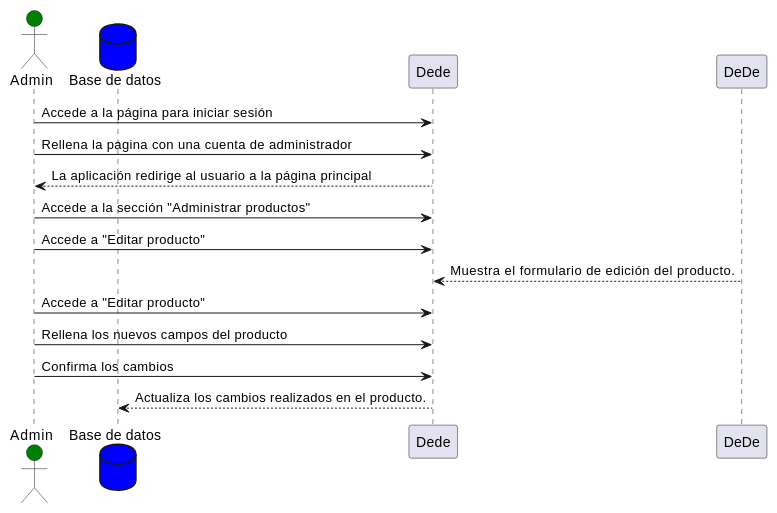
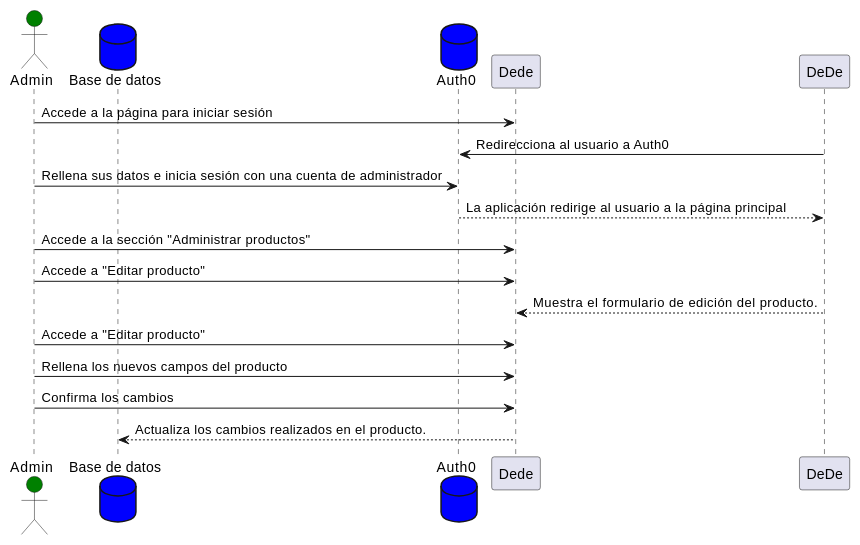
One commit to Arquisoft/dede_es2a changed the seventh of 7 diagrams in docs/06_runtime_view.adoc. Above: the diagram before and after it, drawn with PlantUML. The commit also changed other lines of this file and 1 other file, not shown here.

Commit message:
Retoques diagrama de secuencia y app

```diff
--- a/docs/06_runtime_view.adoc
+++ b/docs/06_runtime_view.adoc
@@ -121,15 +125,17 @@
 [plantuml,"EditarProducto",png]
 ----
 actor Admin #green
 database BaseDeDatos as "Base de datos" #blue
+database Auth0 as "Auth0" #blue
 Admin -> Dede: Accede  a la página para iniciar sesión
-Admin -> Dede: Rellena la pagina con una cuenta de administrador
-Admin <-- Dede: La aplicación redirige al usuario a la página principal
+DeDe -> Auth0: Redirecciona al usuario a Auth0
+Admin -> Auth0: Rellena sus datos e inicia sesión con una cuenta de administrador
+DeDe <-- Auth0: La aplicación redirige al usuario a la página principal
 Admin -> Dede: Accede a la sección "Administrar productos"
 Admin -> Dede: Accede a "Editar producto"
 DeDe --> Dede: Muestra el formulario de edición del producto.
 Admin -> Dede: Accede a "Editar producto"
 Admin -> Dede: Rellena los nuevos campos del producto
 Admin -> Dede: Confirma los cambios
 BaseDeDatos <-- Dede: Actualiza los cambios realizados en el producto.
 ----
```
